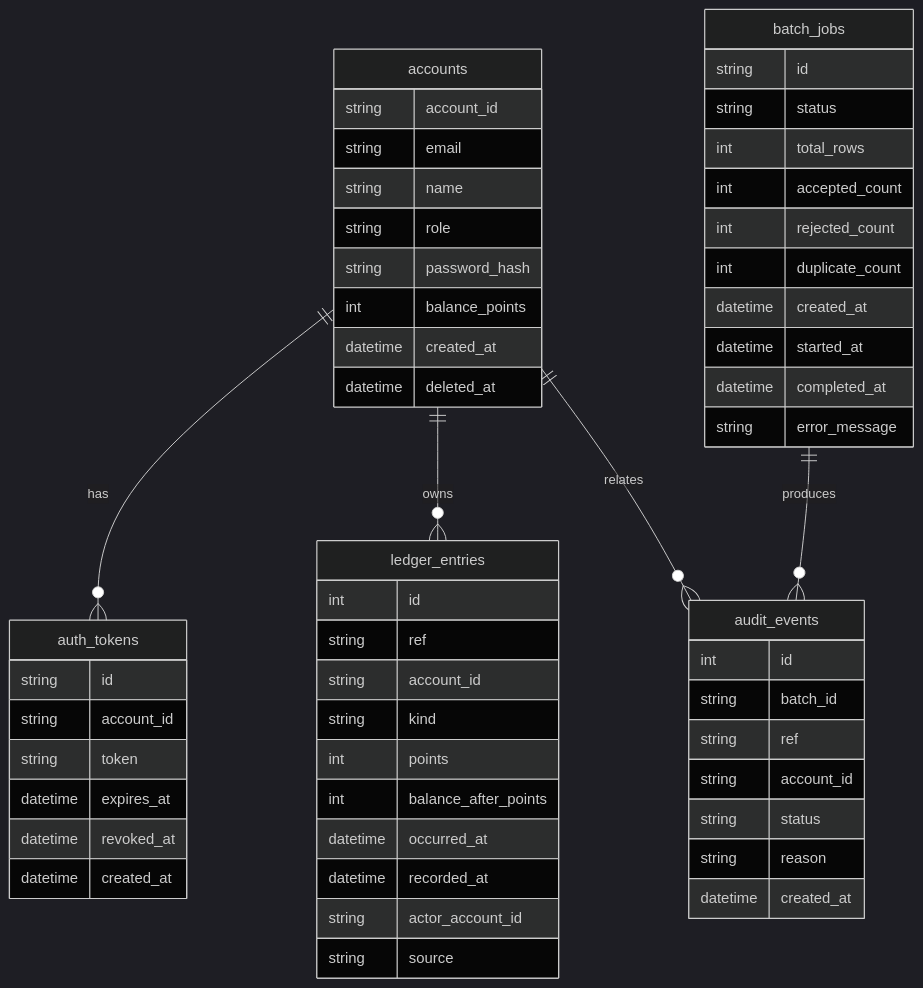
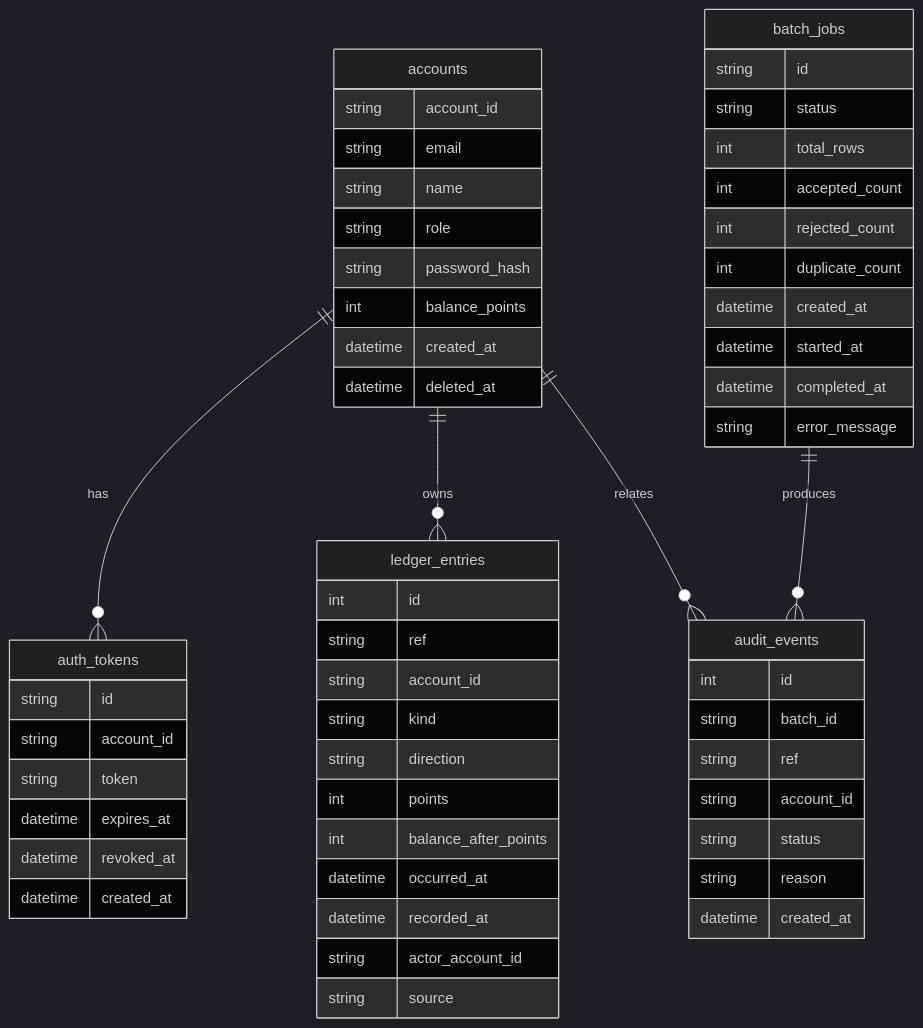
One commit to mashaole/pointswallet changed the eighth of 14 diagrams in PLAN.md. Above: the diagram before and after it, drawn with Mermaid (dark theme). The commit also changed other lines of this file, not shown here.

````diff
--- a/PLAN.md
+++ b/PLAN.md
@@ -486,59 +486,60 @@
 ```mermaid
 erDiagram
   accounts ||--o{ auth_tokens : has
   accounts ||--o{ ledger_entries : owns
   accounts ||--o{ audit_events : relates
   batch_jobs ||--o{ audit_events : produces
 
   accounts {
     string account_id
     string email
     string name
     string role
     string password_hash
     int balance_points
     datetime created_at
     datetime deleted_at
   }
   ledger_entries {
     int id
     string ref
     string account_id
     string kind
+    string direction
     int points
     int balance_after_points
     datetime occurred_at
     datetime recorded_at
     string actor_account_id
     string source
   }
   auth_tokens {
     string id
     string account_id
     string token
     datetime expires_at
     datetime revoked_at
     datetime created_at
   }
   audit_events {
     int id
     string batch_id
     string ref
     string account_id
     string status
     string reason
     datetime created_at
   }
   batch_jobs {
     string id
     string status
     int total_rows
     int accepted_count
     int rejected_count
     int duplicate_count
     datetime created_at
     datetime started_at
     datetime completed_at
     string error_message
   }
 ```
````
